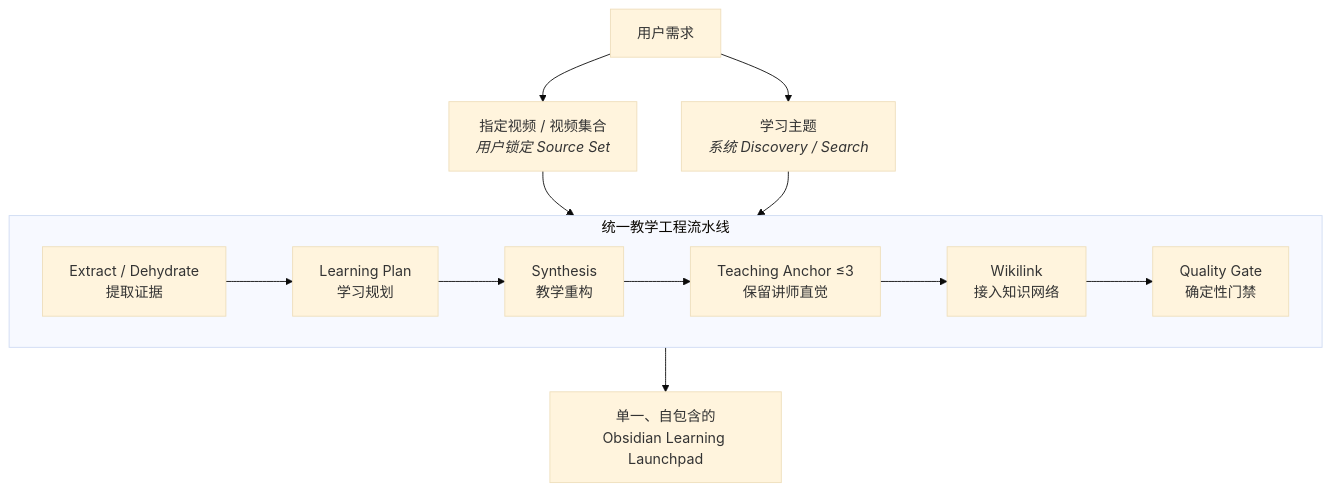
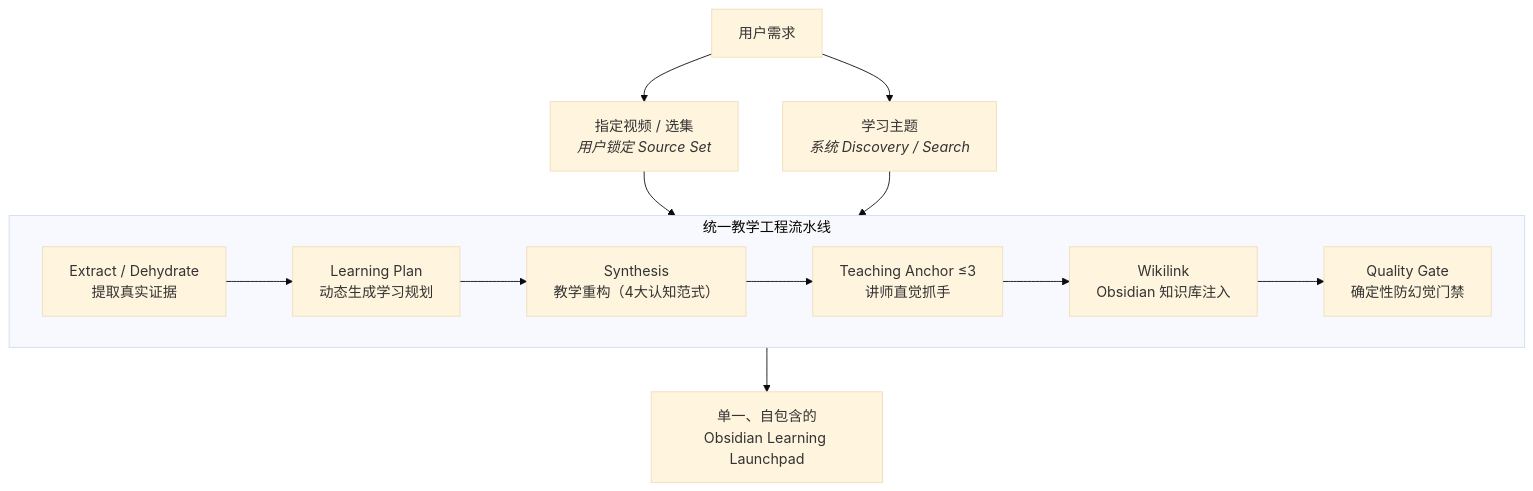
One commit to zekcjshe/LearnForge-skill changed the diagram in README.md. Above: the diagram before and after it, drawn with Mermaid (base theme). The commit also changed other lines of this file, not shown here.

Commit message:
docs: overhaul README with user-centric visual proof and low-barrier paths

````diff
--- a/README.md
+++ b/README.md
@@ -66,23 +102,23 @@
 ```mermaid
 graph TD
     User["用户需求"]
 
-    User --> A["指定视频 / 视频集合<br><i>用户锁定 Source Set</i>"]
+    User --> A["指定视频 / 选集<br><i>用户锁定 Source Set</i>"]
     User --> B["学习主题<br><i>系统 Discovery / Search</i>"]
 
     A --> Pipeline
     B --> Pipeline
 
     subgraph Pipeline["统一教学工程流水线"]
-        P1["Extract / Dehydrate<br>提取证据"]
-        P2["Learning Plan<br>学习规划"]
-        P3["Synthesis<br>教学重构"]
-        P4["Teaching Anchor ≤3<br>保留讲师直觉"]
-        P5["Wikilink<br>接入知识网络"]
-        P6["Quality Gate<br>确定性门禁"]
+        P1["Extract / Dehydrate<br>提取真实证据"]
+        P2["Learning Plan<br>动态生成学习规划"]
+        P3["Synthesis<br>教学重构（4大认知范式）"]
+        P4["Teaching Anchor ≤3<br>讲师直觉抓手"]
+        P5["Wikilink<br>Obsidian 知识库注入"]
+        P6["Quality Gate<br>确定性防幻觉门禁"]
 
         P1 --> P2 --> P3 --> P4 --> P5 --> P6
     end
 
     Pipeline --> Output["单一、自包含的<br>Obsidian Learning Launchpad"]
 ```
````
